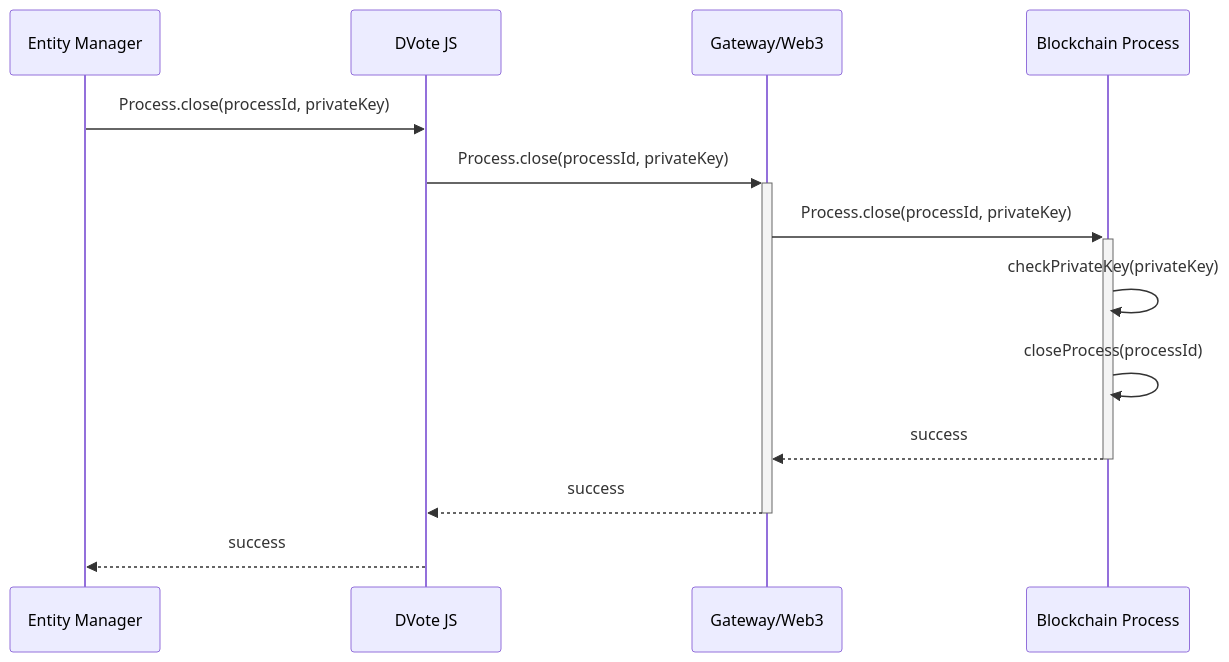
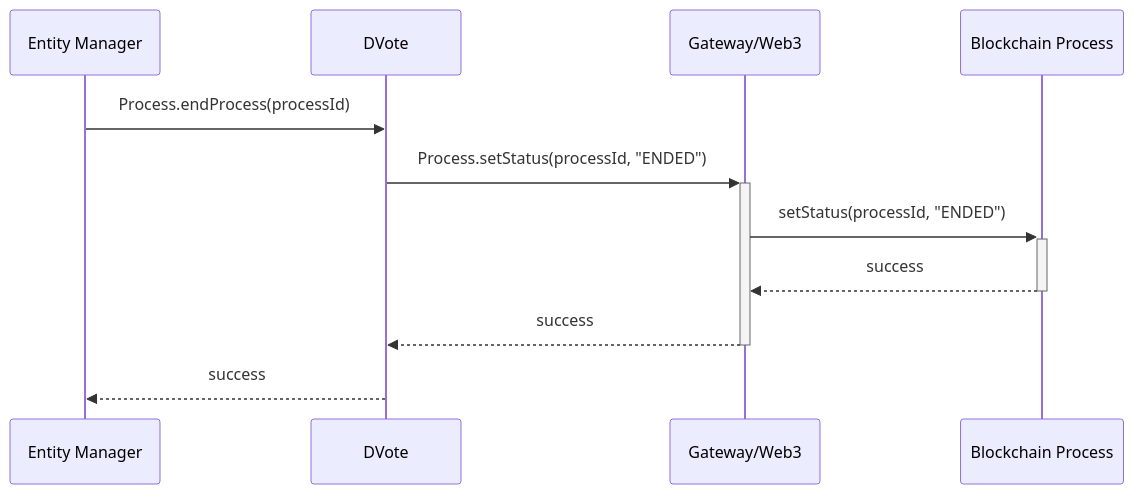
One commit to vocdoni/docs changed the ninth of 10 diagrams in docs/architecture/sequence-diagrams.md. Above: the diagram before and after it, drawn with Mermaid. The commit also changed other lines of this file, not shown here.

Commit message:
Sequence diagrams

````diff
--- a/docs/architecture/sequence-diagrams.md
+++ b/docs/architecture/sequence-diagrams.md
@@ -463,20 +352,16 @@
 ```mermaid
 sequenceDiagram
     participant PM as Entity Manager
-    participant DV as DVote JS
+    participant DV as DVote
     participant GW as Gateway/Web3
     participant BC as Blockchain Process
 
-    PM->>DV: Process.close(processId, privateKey)
+    PM->>DV: Process.endProcess(processId)
 
-        DV->>+GW: Process.close(processId, privateKey)
-        GW->>+BC: Process.close(processId, privateKey)
-
-            BC->>BC: checkPrivateKey(privateKey)
-            BC->>BC: closeProcess(processId)
-
-        BC-->>-GW: success
+        DV->>+GW: Process.setStatus(processId, "ENDED")
+            GW->>+BC: setStatus(processId, "ENDED")
+            BC-->>-GW: success
         GW-->>-DV: success
 
     DV-->>PM: success
 ```
````
